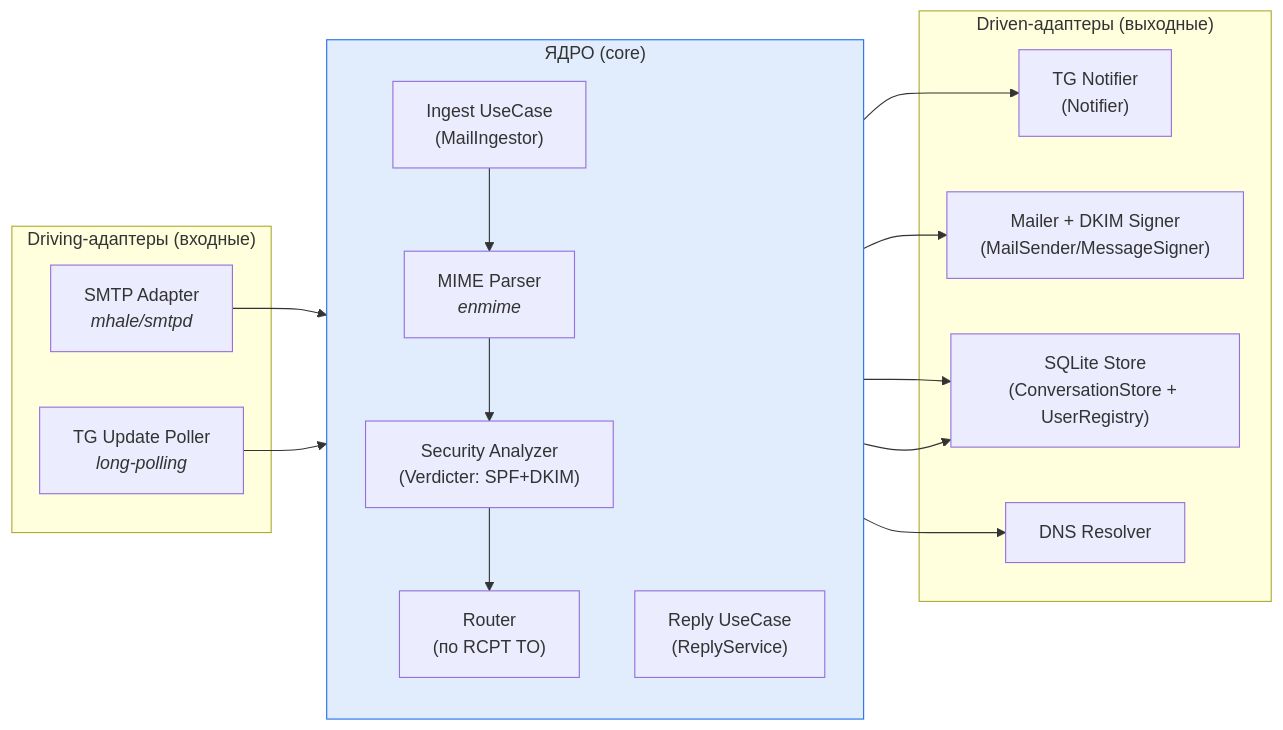
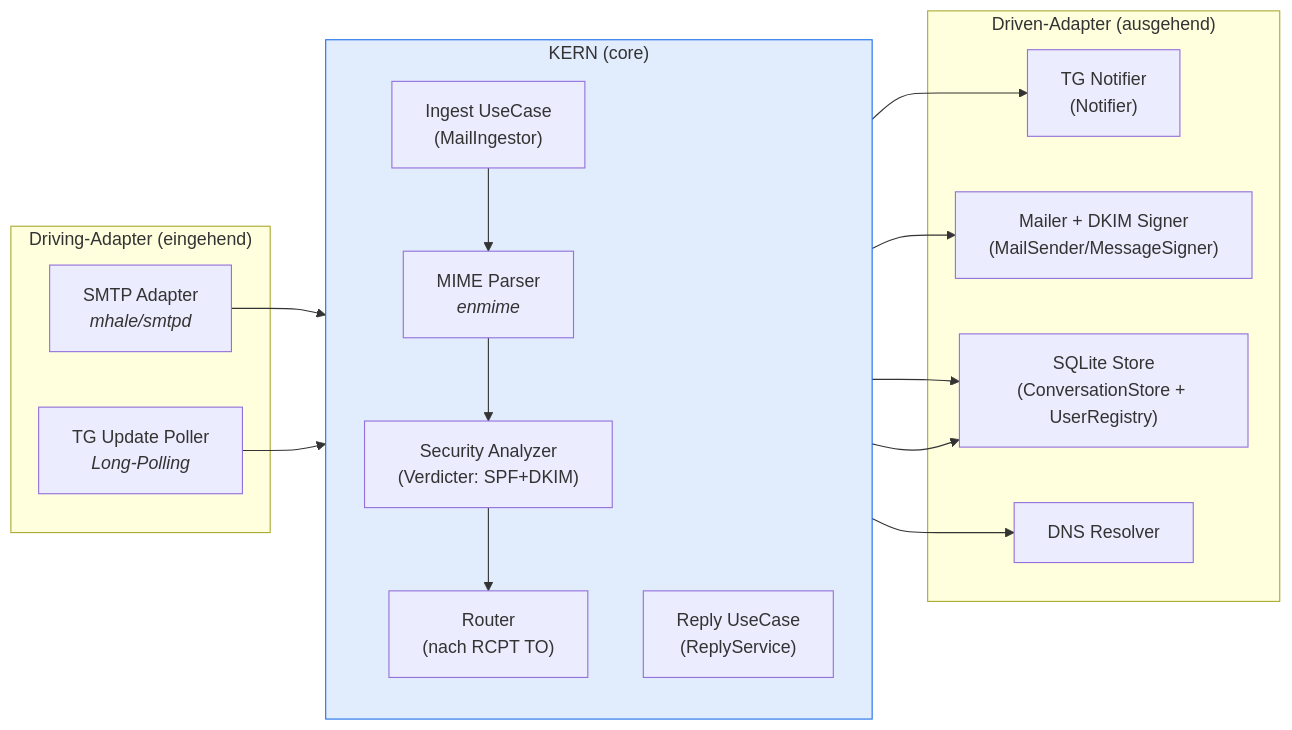
Before and after one commit to Alex84K/smpt_pet_proj: the third of 8 diagrams in docs/DESIGN_MVP.md, drawn with Mermaid. The commit also changed other lines of this file and 4 other files, not shown here.

````diff
--- a/docs/DESIGN_MVP.md
+++ b/docs/DESIGN_MVP.md
@@ -155,34 +159,34 @@
 ```mermaid
 flowchart LR
-    subgraph driving["Driving-адаптеры (входные)"]
+    subgraph driving["Driving-Adapter (eingehend)"]
         smtpA["SMTP Adapter<br/><i>mhale/smtpd</i>"]
-        tgPoll["TG Update Poller<br/><i>long-polling</i>"]
+        tgPoll["TG Update Poller<br/><i>Long-Polling</i>"]
     end
 
-    subgraph core["ЯДРО (core)"]
+    subgraph core["KERN (core)"]
         direction TB
         ingest["Ingest UseCase<br/>(MailIngestor)"]
         reply["Reply UseCase<br/>(ReplyService)"]
         mime["MIME Parser<br/><i>enmime</i>"]
         analyzer["Security Analyzer<br/>(Verdicter: SPF+DKIM)"]
-        router["Router<br/>(по RCPT TO)"]
+        router["Router<br/>(nach RCPT TO)"]
         ingest --> mime --> analyzer --> router
     end
 
-    subgraph driven["Driven-адаптеры (выходные)"]
+    subgraph driven["Driven-Adapter (ausgehend)"]
         tgNotify["TG Notifier<br/>(Notifier)"]
         mailer["Mailer + DKIM Signer<br/>(MailSender/MessageSigner)"]
         store["SQLite Store<br/>(ConversationStore + UserRegistry)"]
         dnsA["DNS Resolver"]
     end
 
     smtpA --> ingest
     tgPoll --> reply
     router --> store
     router --> tgNotify
     analyzer --> dnsA
     reply --> store
     reply --> mailer
 
     style core fill:#1f6feb22,stroke:#1f6feb
 ```
````
